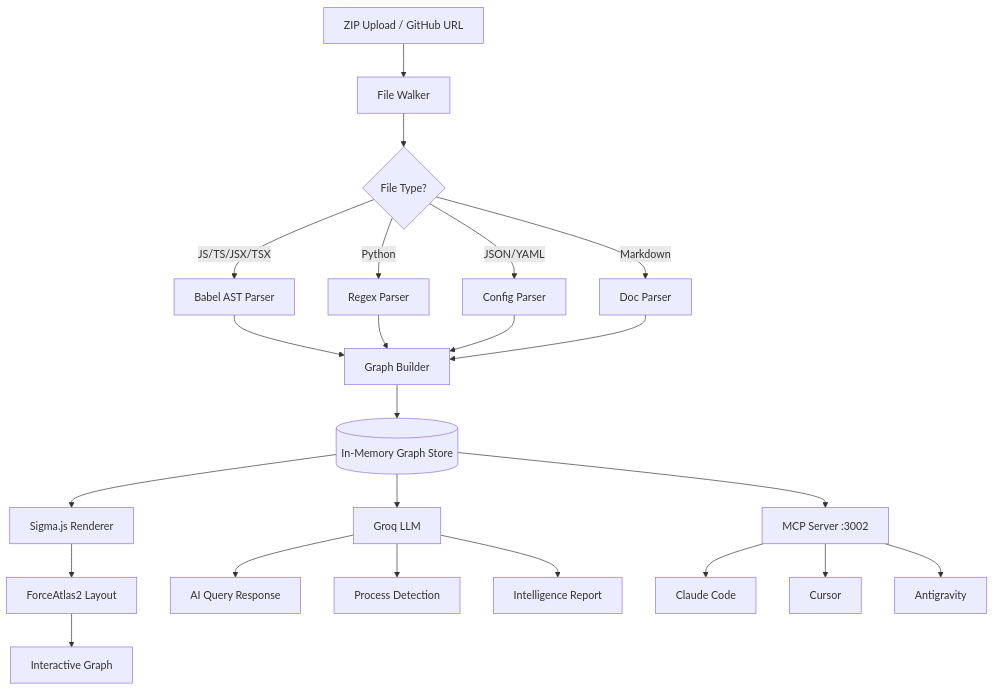
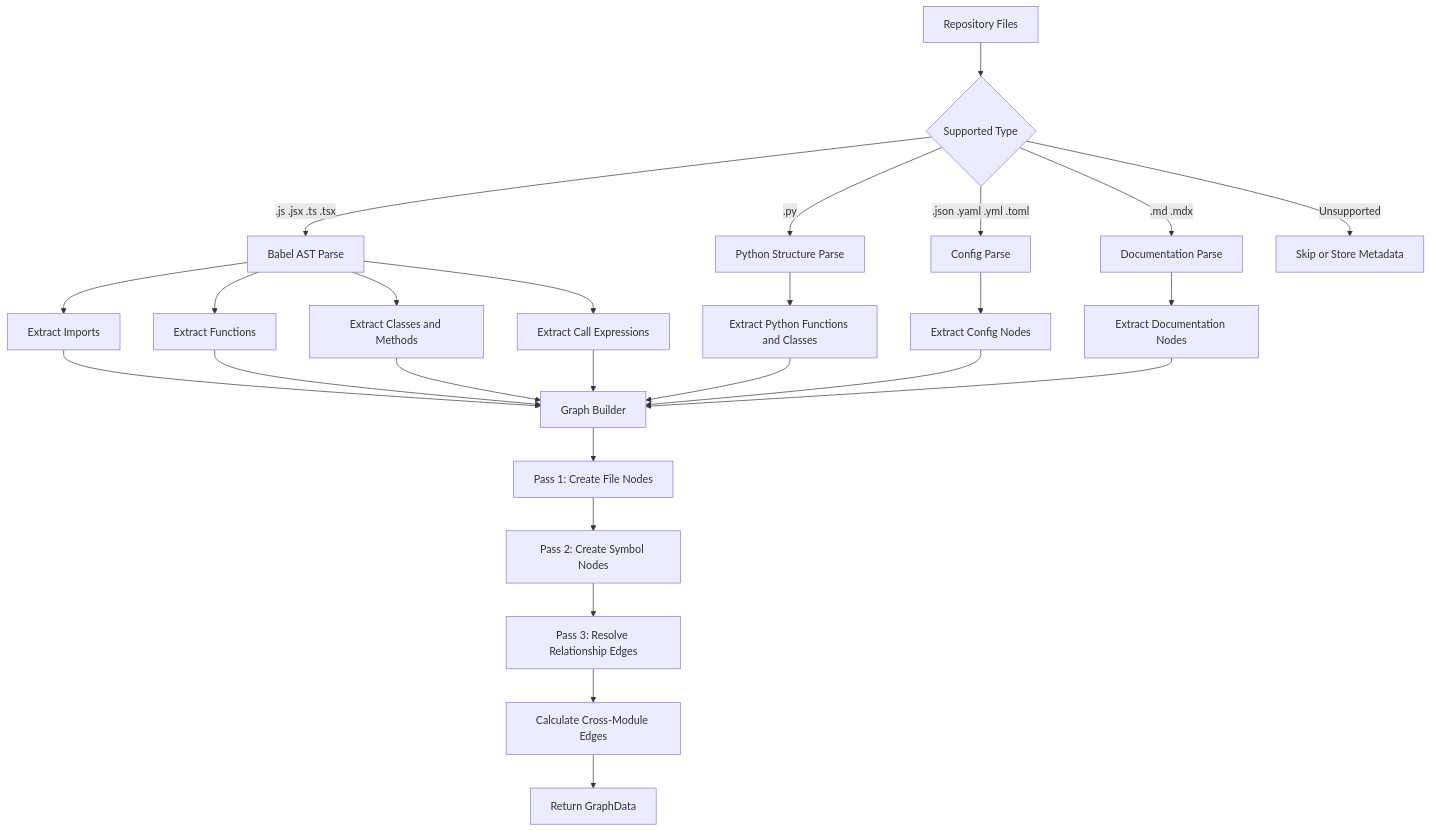
Before and after one commit to LAZYGENIUS69/VECTRON: the second of 7 diagrams in docs/ARCHITECTURE.md, drawn with Mermaid. The commit also changed other lines of this file and 2 other files, not shown here.

Commit message:
feat: document vectron architecture and AI analysis flows

````diff
--- a/docs/ARCHITECTURE.md
+++ b/docs/ARCHITECTURE.md
@@ -11,25 +80,33 @@
 ```mermaid
 flowchart TD
-    A[ZIP Upload / GitHub URL] --> B[File Walker]
-    B --> C{File Type?}
-    C -->|JS/TS/JSX/TSX| D[Babel AST Parser]
-    C -->|Python| E[Regex Parser]
-    C -->|JSON/YAML| F[Config Parser]
-    C -->|Markdown| G[Doc Parser]
-    D --> H[Graph Builder]
-    E --> H
-    F --> H
-    G --> H
-    H --> I[(In-Memory Graph Store)]
-    I --> J[Sigma.js Renderer]
-    I --> K[Groq LLM]
-    I --> L[MCP Server :3002]
-    J --> M[ForceAtlas2 Layout]
-    M --> N[Interactive Graph]
-    K --> O[AI Query Response]
-    K --> P[Process Detection]
-    K --> Q[Intelligence Report]
-    L --> R[Claude Code]
-    L --> S[Cursor]
-    L --> T[Antigravity]
+    A[Repository Files] --> B{Supported Type}
+
+    B -->|.js .jsx .ts .tsx| C[Babel AST Parse]
+    B -->|.py| D[Python Structure Parse]
+    B -->|.json .yaml .yml .toml| E[Config Parse]
+    B -->|.md .mdx| F[Documentation Parse]
+    B -->|Unsupported| G[Skip or Store Metadata]
+
+    C --> H[Extract Imports]
+    C --> I[Extract Functions]
+    C --> J[Extract Classes and Methods]
+    C --> K[Extract Call Expressions]
+
+    D --> L[Extract Python Functions and Classes]
+    E --> M[Extract Config Nodes]
+    F --> N[Extract Documentation Nodes]
+
+    H --> O[Graph Builder]
+    I --> O
+    J --> O
+    K --> O
+    L --> O
+    M --> O
+    N --> O
+
+    O --> P[Pass 1: Create File Nodes]
+    P --> Q[Pass 2: Create Symbol Nodes]
+    Q --> R[Pass 3: Resolve Relationship Edges]
+    R --> S[Calculate Cross-Module Edges]
+    S --> T[Return GraphData]
 ```
````
